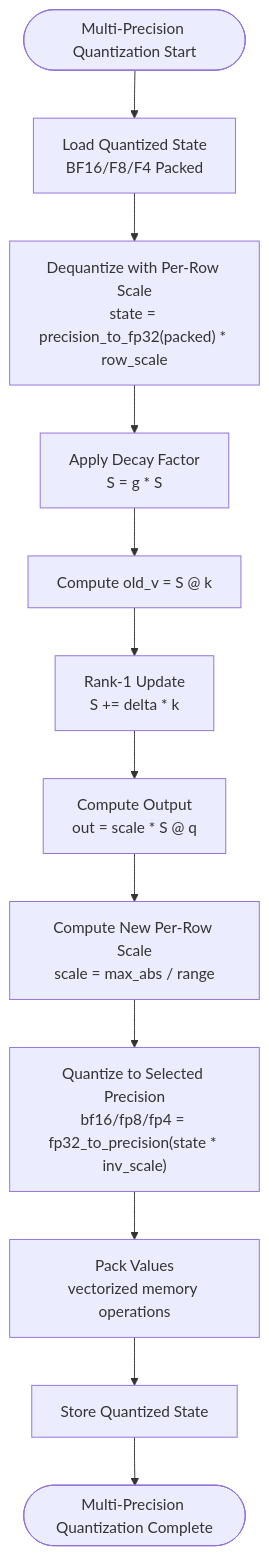
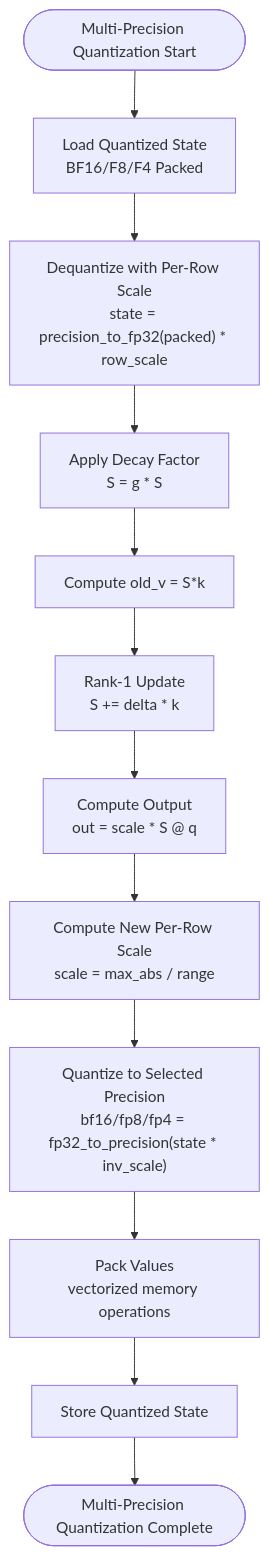
One commit to gugudeshubao/flashinfer-bench-tma-thrust changed the fifth of 8 diagrams in .qoder/repowiki/en/content/Optimization Strategies/Optimization Tracking Log.md. Above: the diagram before and after it, drawn with Mermaid. The commit also changed other lines of this file and 19 other files, not shown here.

````diff
--- a/.qoder/repowiki/en/content/Optimization Strategies/Optimization Tracking Log.md
+++ b/.qoder/repowiki/en/content/Optimization Strategies/Optimization Tracking Log.md
@@ -280,14 +279,14 @@
 ```mermaid
 flowchart TD
 Start([Multi-Precision Quantization Start]) --> LoadState["Load Quantized State<br/>BF16/F8/F4 Packed"]
 LoadState --> Dequantize["Dequantize with Per-Row Scale<br/>state = precision_to_fp32(packed) * row_scale"]
 Dequantize --> ApplyDecay["Apply Decay Factor<br/>S = g * S"]
-ApplyDecay --> ComputeOldV["Compute old_v = S @ k"]
+ApplyDecay --> ComputeOldV["Compute old_v = S*k"]
 ComputeOldV --> Rank1Update["Rank-1 Update<br/>S += delta * k"]
 Rank1Update --> ComputeOutput["Compute Output<br/>out = scale * S @ q"]
 ComputeOutput --> ComputeScale["Compute New Per-Row Scale<br/>scale = max_abs / range"]
 ComputeScale --> Quantize["Quantize to Selected Precision<br/>bf16/fp8/fp4 = fp32_to_precision(state * inv_scale)"]
 Quantize --> Pack["Pack Values<br/>vectorized memory operations"]
 Pack --> Store["Store Quantized State"]
 Store --> End([Multi-Precision Quantization Complete])
 ```
````
